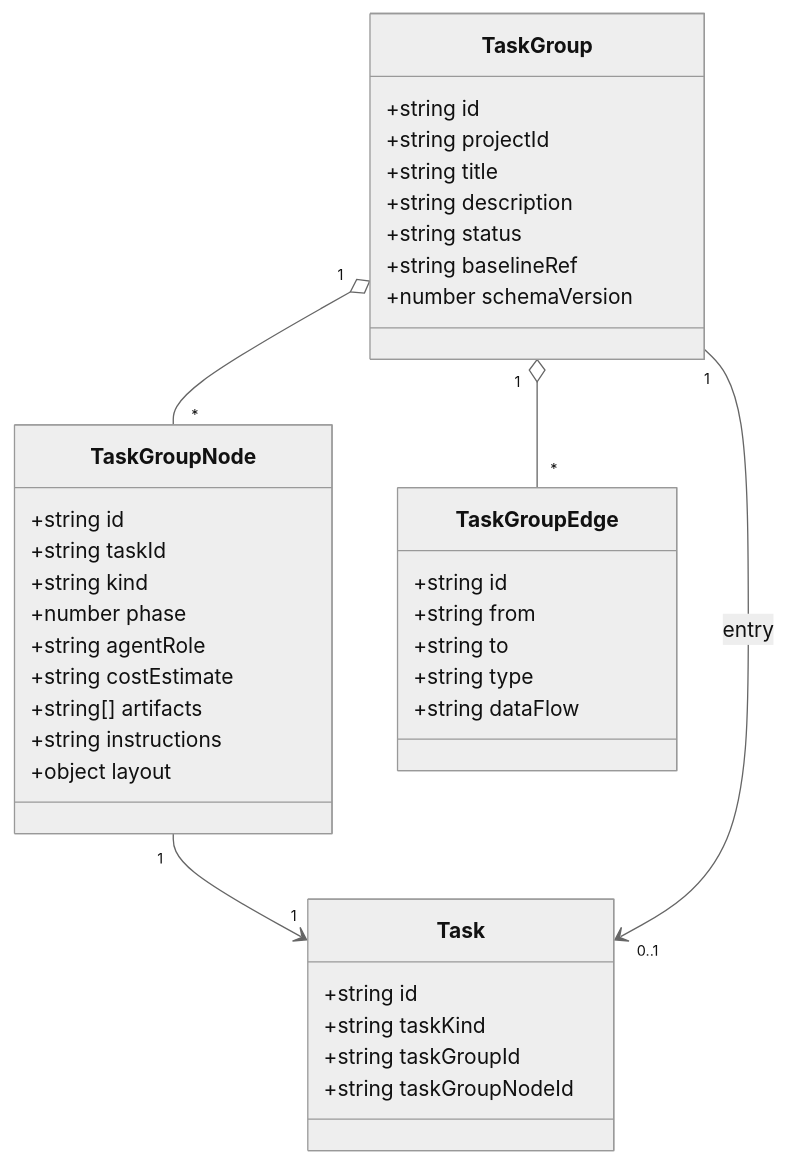
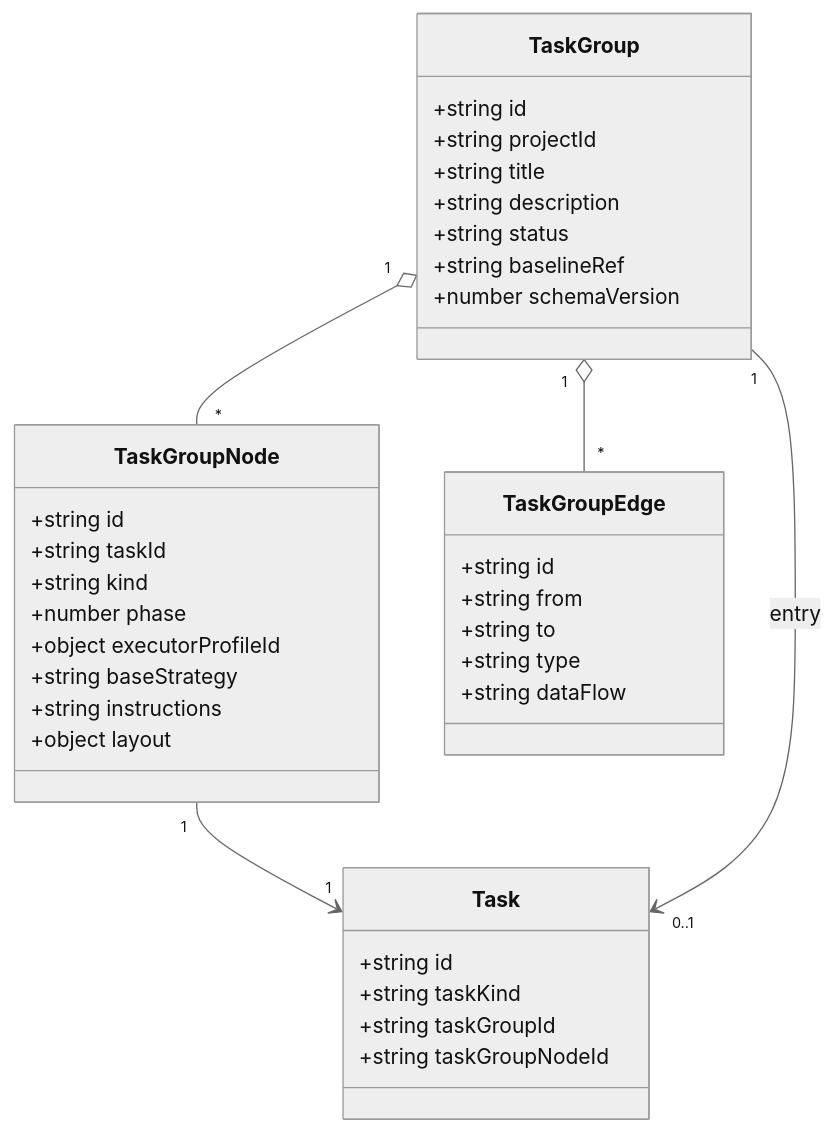
The second of 2 diagrams in openspec/changes/add-workflow-orchestration-v1/design.md (StrayDragon/vibe-kanban), drawn with Mermaid (neutral theme) before and after one commit. The commit also changed other lines of this file and 31 other files, not shown here.

````diff
--- a/openspec/changes/add-workflow-orchestration-v1/design.md
+++ b/openspec/changes/add-workflow-orchestration-v1/design.md
@@ -101,44 +105,43 @@
 ```mermaid
 classDiagram
   class TaskGroup {
     +string id
     +string projectId
     +string title
     +string description
     +string status
     +string baselineRef
     +number schemaVersion
   }
 
   class TaskGroupNode {
     +string id
     +string taskId
     +string kind
     +number phase
-    +string agentRole
-    +string costEstimate
-    +string[] artifacts
+    +object executorProfileId
+    +string baseStrategy
     +string instructions
     +object layout
   }
 
   class TaskGroupEdge {
     +string id
     +string from
     +string to
     +string type
     +string dataFlow
   }
 
   class Task {
     +string id
     +string taskKind
     +string taskGroupId
     +string taskGroupNodeId
   }
 
   TaskGroup "1" o-- "*" TaskGroupNode
   TaskGroup "1" o-- "*" TaskGroupEdge
   TaskGroupNode "1" --> "1" Task
   TaskGroup "1" --> "0..1" Task : entry
 ```
````
